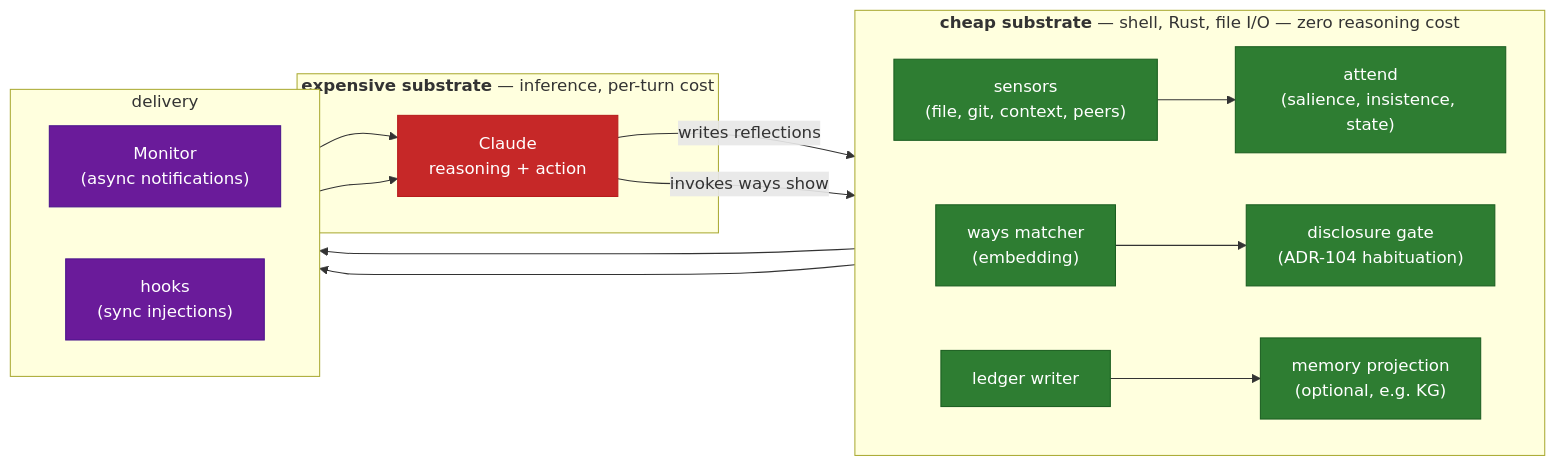
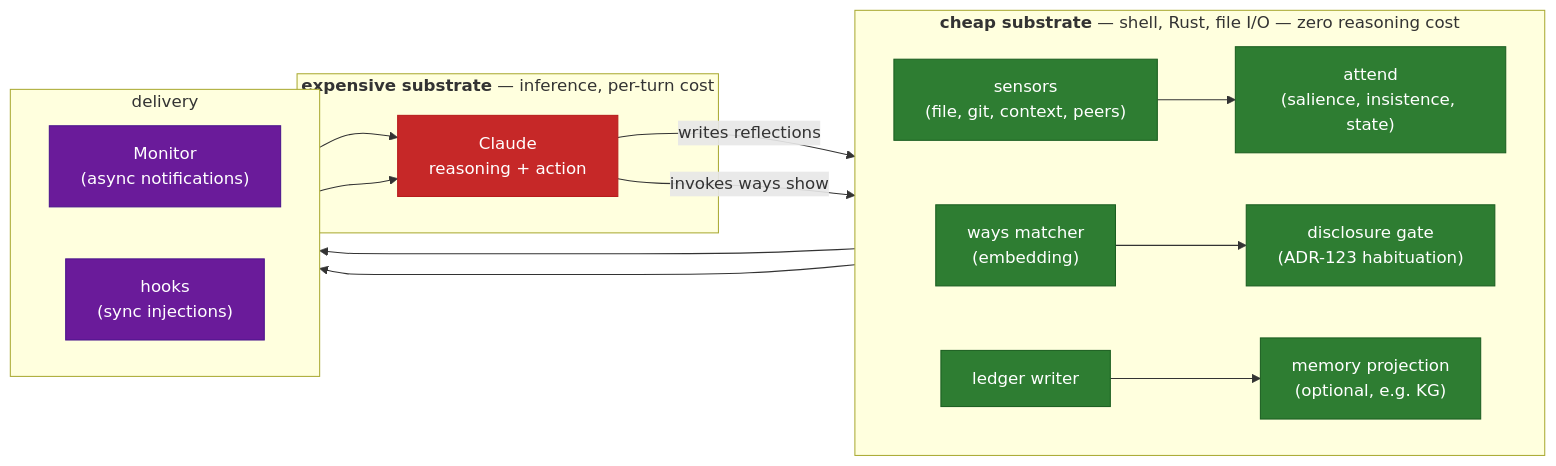
One commit to aaronsb/agent-ways changed the first of 3 diagrams in docs/cognitive-loop.md. Above: the diagram before and after it, drawn with Mermaid. The commit also changed other lines of this file and 32 other files, not shown here.

````diff
--- a/docs/cognitive-loop.md
+++ b/docs/cognitive-loop.md
@@ -36,38 +36,38 @@
 ```mermaid
 flowchart LR
     classDef cheap fill:#2E7D32,stroke:#1B5E20,color:#fff
     classDef expensive fill:#C62828,stroke:#B71C1C,color:#fff
     classDef delivery fill:#6A1B9A,stroke:#4A148C,color:#fff
 
     subgraph CheapSub["<b>cheap substrate</b> — shell, Rust, file I/O — zero reasoning cost"]
         direction LR
         Sensors["sensors<br/>(file, git, context, peers)"]:::cheap
         Attend["attend<br/>(salience, insistence, state)"]:::cheap
         Matcher["ways matcher<br/>(embedding)"]:::cheap
-        Gate["disclosure gate<br/>(ADR-104 habituation)"]:::cheap
+        Gate["disclosure gate<br/>(ADR-123 habituation)"]:::cheap
         Ledger["ledger writer"]:::cheap
         Memory["memory projection<br/>(optional, e.g. KG)"]:::cheap
     end
 
     subgraph Del["delivery"]
         direction LR
         Monitor["Monitor<br/>(async notifications)"]:::delivery
         Hooks["hooks<br/>(sync injections)"]:::delivery
     end
 
     subgraph Exp["<b>expensive substrate</b> — inference, per-turn cost"]
         Claude["Claude<br/>reasoning + action"]:::expensive
     end
 
     Sensors --> Attend
     Attend --> Monitor
     Matcher --> Gate
     Gate --> Hooks
 
     Monitor --> Claude
     Hooks --> Claude
 
     Claude -->|"writes reflections"| Ledger
     Ledger --> Memory
     Claude -->|"invokes ways show"| Matcher
 ```
````
